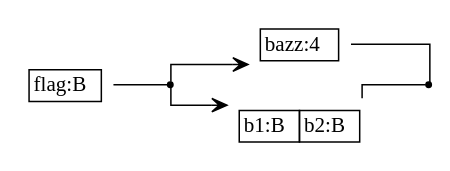
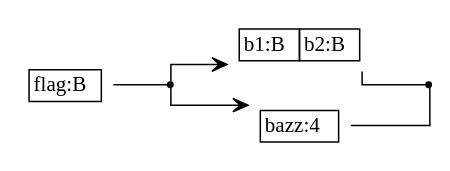
Before and after one commit to sireum/bitcodec-examples: the diagram in src/genunion/genunion-spec.dot, drawn with Graphviz. The commit also changed other lines of this file and 12 other files, not shown here.

```diff
--- a/src/genunion/genunion-spec.dot
+++ b/src/genunion/genunion-spec.dot
@@ -1,30 +1,30 @@
 digraph G {
   rankdir = LR;
   graph [splines=ortho];
   node [shape=plaintext];
   edge [arrowhead=vee];
 
   n0 [label=<
     <TABLE BORDER="0" CELLBORDER="1" CELLSPACING="0" TOOLTIP="Foo" HREF="#">
       <TR><TD>flag:B</TD></TR>
     </TABLE>
   >];
   n1 [shape=point];
   n2 [label=<
-    <TABLE BORDER="0" CELLBORDER="1" CELLSPACING="0" TOOLTIP="Foo.bazz" HREF="#">
-      <TR><TD>bazz:4</TD></TR>
+    <TABLE BORDER="0" CELLBORDER="1" CELLSPACING="0" TOOLTIP="Foo.baz" HREF="#">
+      <TR><TD>b1:B</TD><TD>b2:B</TD></TR>
     </TABLE>
   >];
   n3 [label=<
-    <TABLE BORDER="0" CELLBORDER="1" CELLSPACING="0" TOOLTIP="Foo.baz" HREF="#">
-      <TR><TD>b1:B</TD><TD>b2:B</TD></TR>
+    <TABLE BORDER="0" CELLBORDER="1" CELLSPACING="0" TOOLTIP="Foo.bazz" HREF="#">
+      <TR><TD>bazz:4</TD></TR>
     </TABLE>
   >];
   n4 [shape=point];
 
   n0 -> n1 [arrowhead=none];
   n1 -> n2;
   n1 -> n3;
+  n2 -> n4 [arrowhead=none];
   n3 -> n4 [arrowhead=none];
-  n2 -> n4 [arrowhead=none];
 }
```
